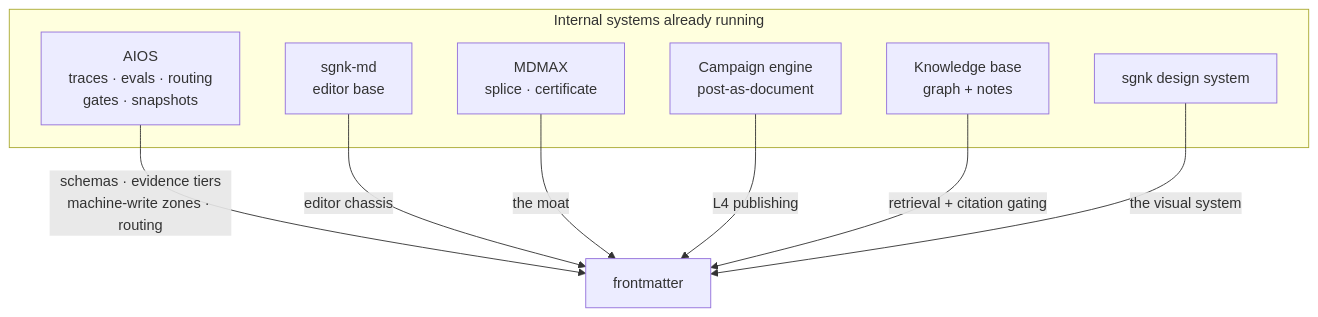
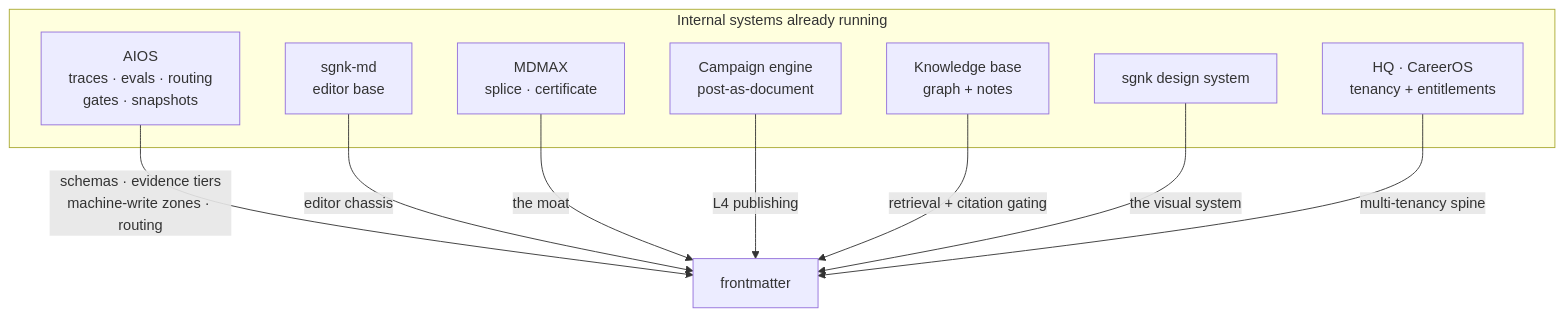
Diagram 13 of 19 in docs/FRONTMATTER-PRD-2026-08-29.md (studiozephyrus/frontmatter), drawn with Mermaid before and after one commit. The commit also changed other lines of this file and 18 other files, not shown here.

````diff
--- a/docs/FRONTMATTER-PRD-2026-08-29.md
+++ b/docs/FRONTMATTER-PRD-2026-08-29.md
@@ -698,18 +739,20 @@
 ```mermaid
 flowchart TB
   subgraph INT["Internal systems already running"]
     AIOS["AIOS<br/>traces · evals · routing<br/>gates · snapshots"]
     SMD["sgnk-md<br/>editor base"]
     MDX["MDMAX<br/>splice · certificate"]
     CAMP["Campaign engine<br/>post-as-document"]
     KB["Knowledge base<br/>graph + notes"]
     DS["sgnk design system"]
+    HQ["HQ · CareerOS<br/>tenancy + entitlements"]
   end
   FM["frontmatter"]
   AIOS -->|"schemas · evidence tiers<br/>machine-write zones · routing"| FM
   SMD -->|"editor chassis"| FM
   MDX -->|"the moat"| FM
   CAMP -->|"L4 publishing"| FM
   KB -->|"retrieval + citation gating"| FM
   DS -->|"the visual system"| FM
+  HQ -->|"multi-tenancy spine"| FM
 ```
````
